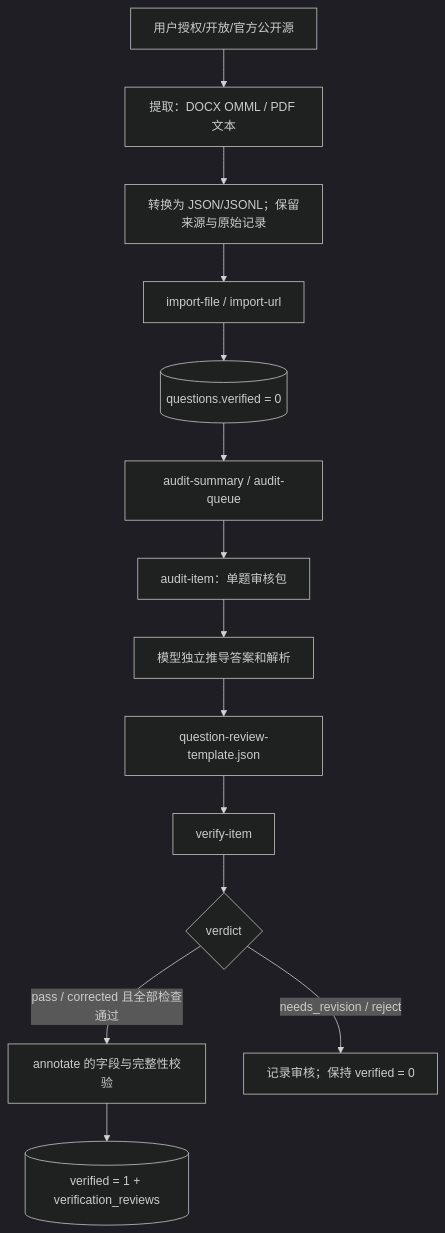
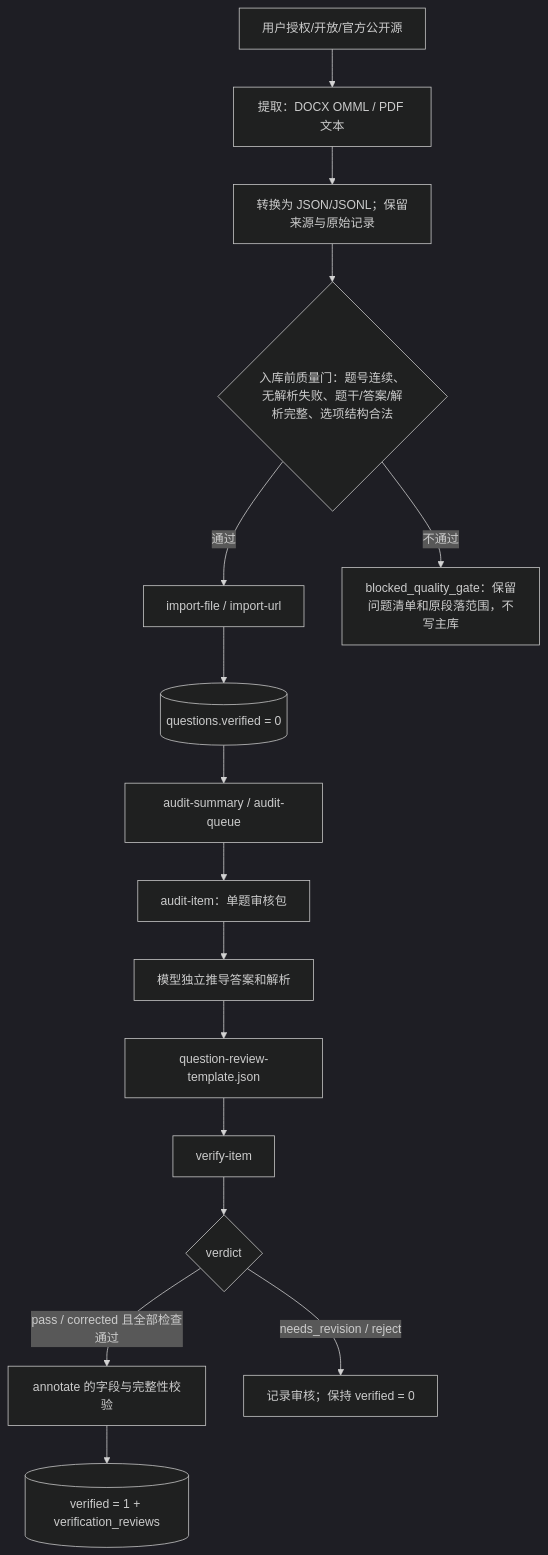
Before and after one commit to chjesu/lizhaolin-math-error-notebook: the third of 5 diagrams in PROJECT_ARCHITECTURE.md, drawn with Mermaid (dark theme). The commit also changed other lines of this file and 8 other files, not shown here.

````diff
--- a/PROJECT_ARCHITECTURE.md
+++ b/PROJECT_ARCHITECTURE.md
@@ -78,16 +78,18 @@
 ```mermaid
 flowchart TD
     SRC["用户授权/开放/官方公开源"] --> X["提取：DOCX OMML / PDF 文本"]
     X --> C["转换为 JSON/JSONL；保留来源与原始记录"]
-    C --> IMP["import-file / import-url"]
+    C --> QG{"入库前质量门：题号连续、无解析失败、题干/答案/解析完整、选项结构合法"}
+    QG -->|"通过"| IMP["import-file / import-url"]
+    QG -->|"不通过"| HOLD["blocked_quality_gate：保留问题清单和原段落范围，不写主库"]
     IMP --> UV[("questions.verified = 0")]
     UV --> AQ["audit-summary / audit-queue"]
     AQ --> AI["audit-item：单题审核包"]
     AI --> M["模型独立推导答案和解析"]
     M --> VJ["question-review-template.json"]
     VJ --> VI["verify-item"]
     VI --> DEC{"verdict"}
     DEC -->|"pass / corrected 且全部检查通过"| AN["annotate 的字段与完整性校验"]
     AN --> VV[("verified = 1 + verification_reviews")]
     DEC -->|"needs_revision / reject"| KEEP["记录审核；保持 verified = 0"]
 ```
````
